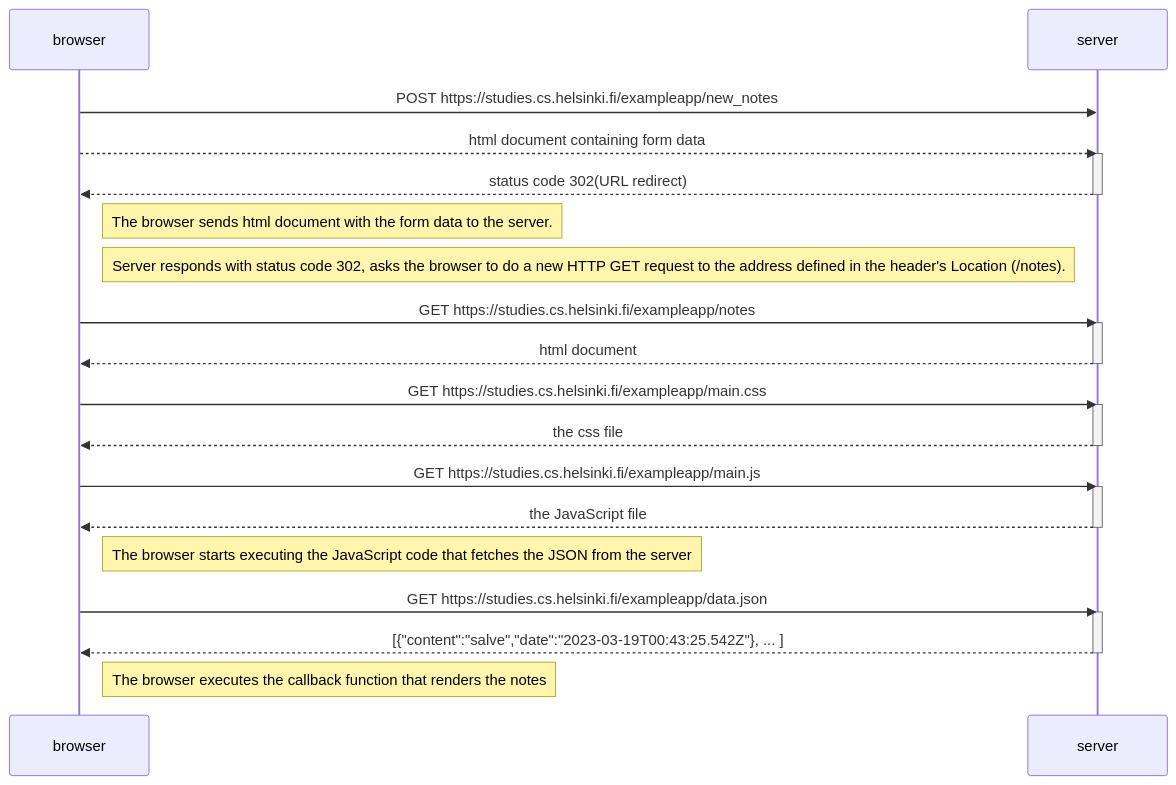
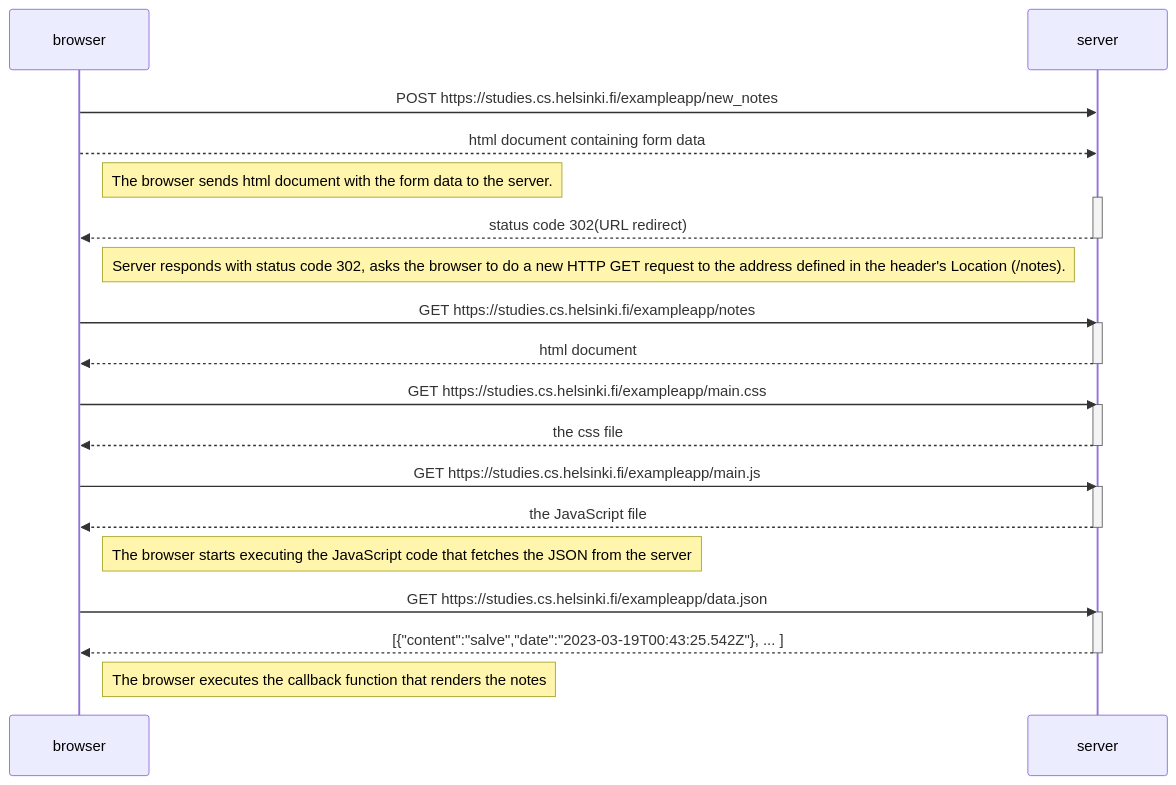
Before and after one commit to auan369/Full-Stack-Open-Course-Submission: the diagram in part0/4-New-Note-Diagram.md, drawn with Mermaid. The commit also changed 2 other files, not shown here.

Commit message:
part0 exercise 5 and 6 Commit 2

````diff
--- a/part0/4-New-Note-Diagram.md
+++ b/part0/4-New-Note-Diagram.md
@@ -3,38 +3,38 @@
 ```mermaid
 sequenceDiagram;
     participant browser;
     participant server;
 
     browser->>server: POST https://studies.cs.helsinki.fi/exampleapp/new_notes;
     browser-->>server: html document containing form data;
+    Note right of browser: The browser sends html document with the form data to the server.
     activate server;
     server-->>browser: status code 302(URL redirect)
-    deactivate server;
-    Note right of browser: The browser sends html document with the form data to the server. 
+    deactivate server; 
     Note right of browser: Server responds with status code 302, asks the browser to do a new HTTP GET request to the address defined in the header's Location (/notes).
 
     browser->>server: GET https://studies.cs.helsinki.fi/exampleapp/notes;
     activate server;
     server-->>browser: html document;
     deactivate server; 
 
     browser->>server: GET https://studies.cs.helsinki.fi/exampleapp/main.css;
     activate server;
     server-->>browser: the css file;
     deactivate server;
 
     browser->>server: GET https://studies.cs.helsinki.fi/exampleapp/main.js;
     activate server;
     server-->>browser: the JavaScript file;
     deactivate server; 
     Note right of browser: The browser starts executing the JavaScript code that fetches the JSON from the server
 
     browser->>server: GET https://studies.cs.helsinki.fi/exampleapp/data.json
     activate server
     server-->>browser: [{"content":"salve","date":"2023-03-19T00:43:25.542Z"}, ... ]
     deactivate server
 
     Note right of browser: The browser executes the callback function that renders the notes
 
     
 ```
````
